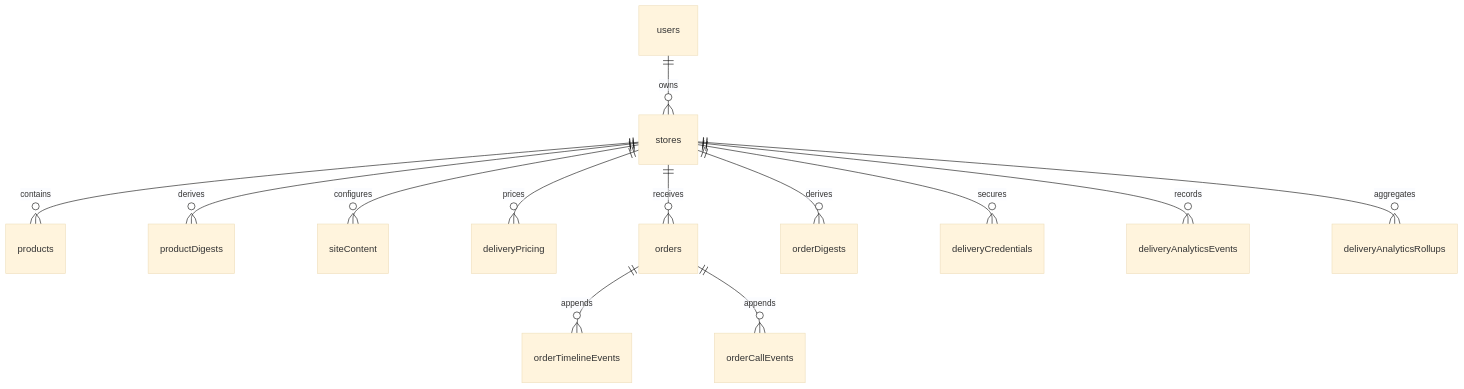
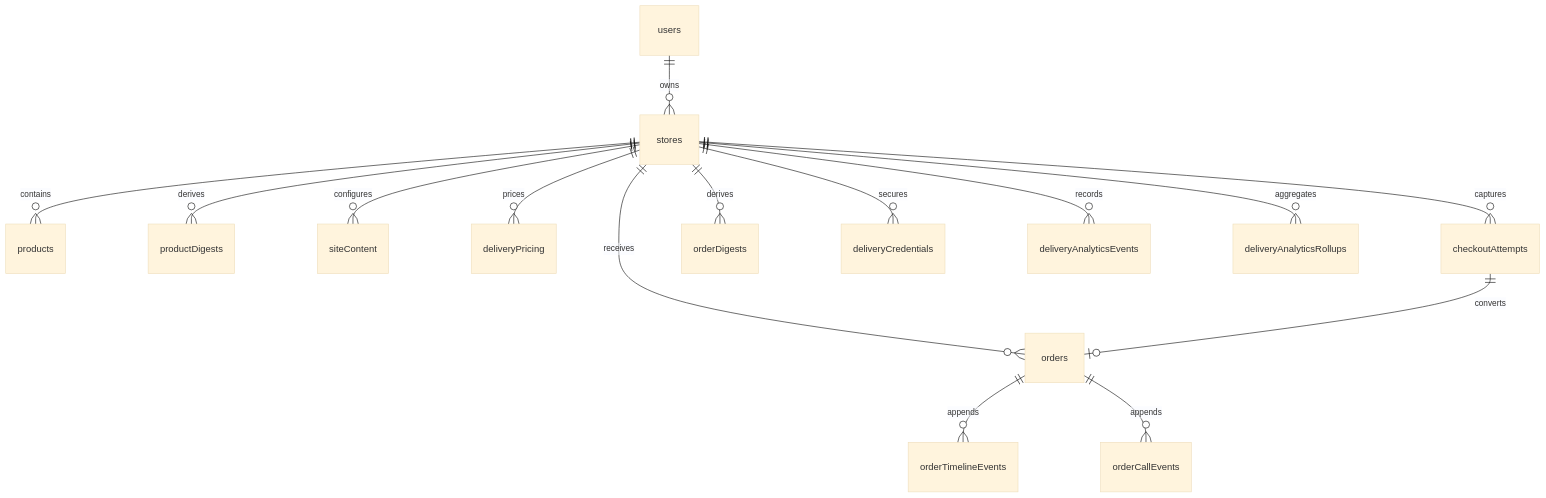
The first of 2 diagrams in context/technical/DATA_MODELS.md (Alae213/marlon), drawn with Mermaid (base theme) before and after one commit. The commit also changed other lines of this file and 104 other files, not shown here.

````diff
--- a/context/technical/DATA_MODELS.md
+++ b/context/technical/DATA_MODELS.md
@@ -23,15 +23,17 @@
 ```mermaid
 erDiagram
     users ||--o{ stores : owns
     stores ||--o{ products : contains
     stores ||--o{ productDigests : derives
     stores ||--o{ siteContent : configures
     stores ||--o{ deliveryPricing : prices
     stores ||--o{ orders : receives
+    stores ||--o{ checkoutAttempts : captures
+    checkoutAttempts ||--o| orders : converts
     stores ||--o{ orderDigests : derives
     orders ||--o{ orderTimelineEvents : appends
     orders ||--o{ orderCallEvents : appends
     stores ||--o{ deliveryCredentials : secures
     stores ||--o{ deliveryAnalyticsEvents : records
     stores ||--o{ deliveryAnalyticsRollups : aggregates
 ```
````
